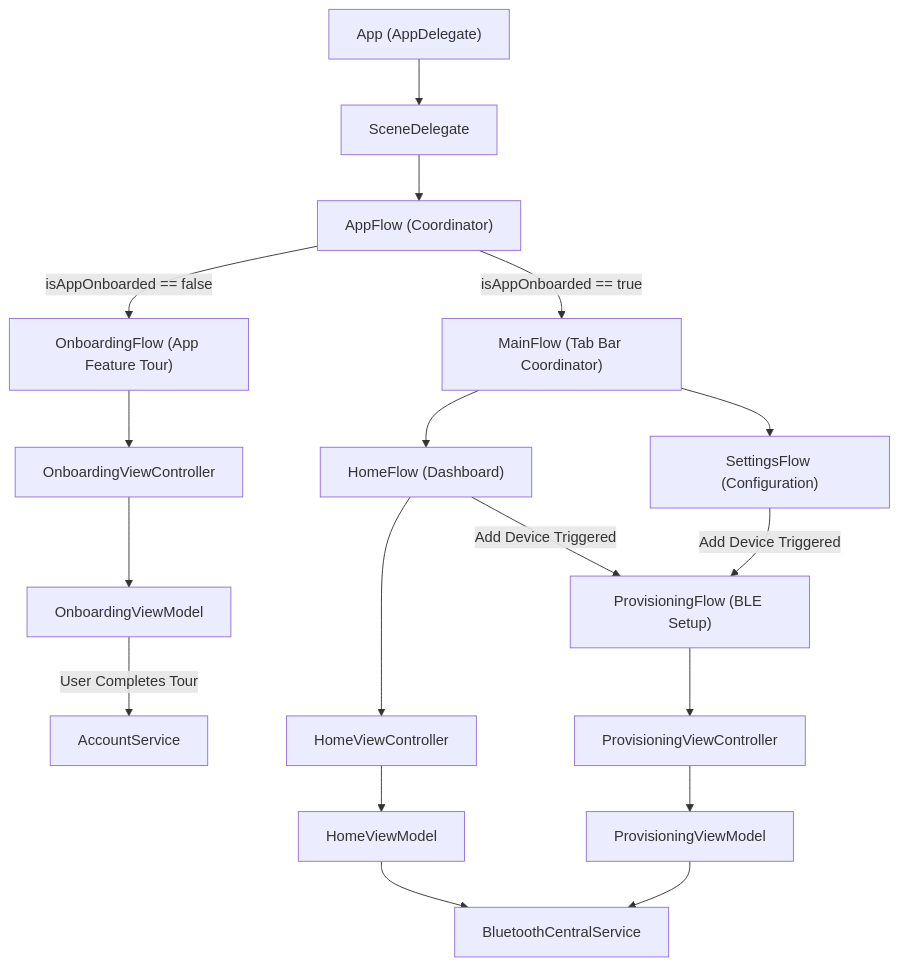
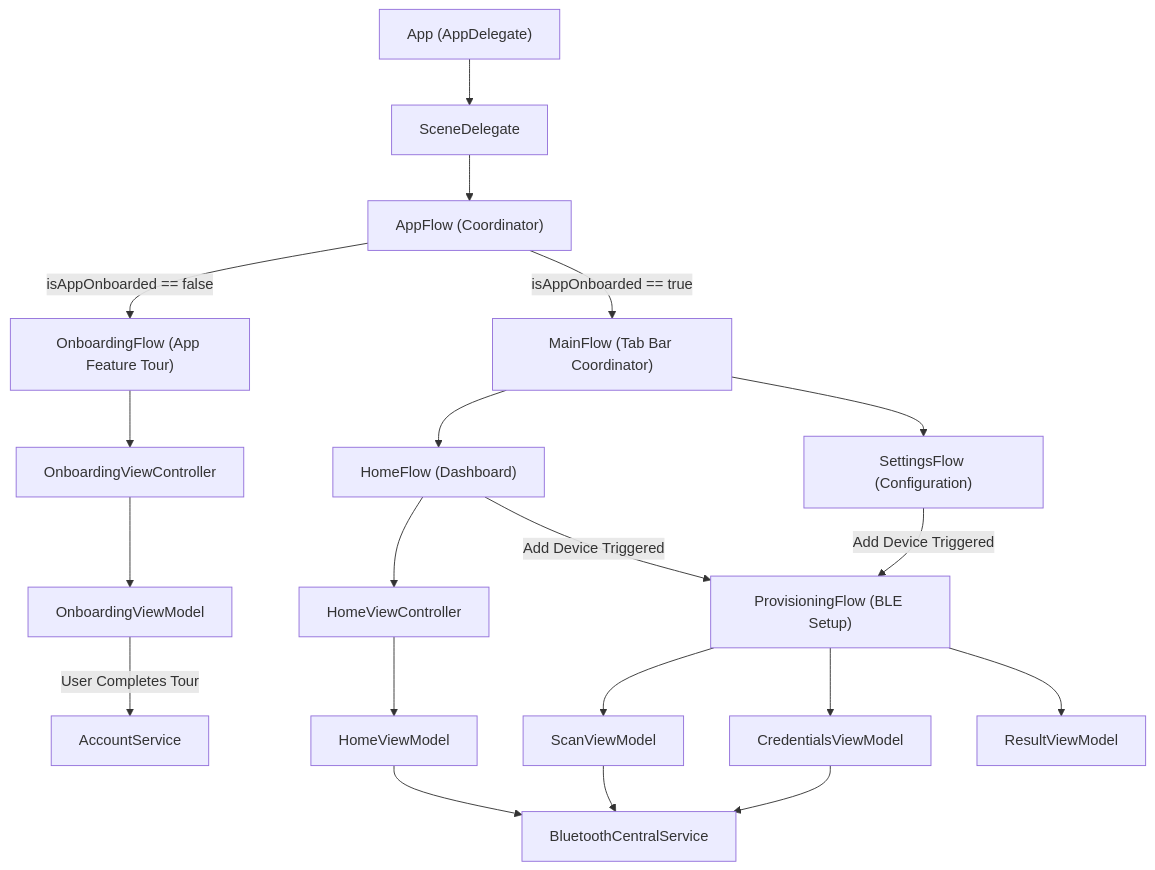
One commit to dumitru-paraschiv/iot-link changed the first of 2 diagrams in docs/ARCHITECTURE.md. Above: the diagram before and after it, drawn with Mermaid. The commit also changed other lines of this file and 2 other files, not shown here.

Commit message:
docs: update architecture and plan for provisioning flow (M4)

````diff
--- a/docs/ARCHITECTURE.md
+++ b/docs/ARCHITECTURE.md
@@ -13,32 +13,34 @@
 ```mermaid
 graph TD
     App["App (AppDelegate)"] --> SceneDelegate
     SceneDelegate --> AppFlow["AppFlow (Coordinator)"]
     
     %% AppFlow Routing Logic
     AppFlow -->|isAppOnboarded == false| OnboardingFlow["OnboardingFlow (App Feature Tour)"]
     AppFlow -->|isAppOnboarded == true| MainFlow["MainFlow (Tab Bar Coordinator)"]
     
     %% App Walkthrough
     OnboardingFlow --> OnboardingVC["OnboardingViewController"]
     OnboardingVC --> OnboardingVM["OnboardingViewModel"]
     OnboardingVM -->|User Completes Tour| AccountService["AccountService"]
     
     %% Main Core App Flow
     MainFlow --> HomeFlow["HomeFlow (Dashboard)"]
     MainFlow --> SettingsFlow["SettingsFlow (Configuration)"]
     
     %% Dashboard telemetry & control
     HomeFlow --> HomeVC["HomeViewController"]
     HomeVC --> HomeVM["HomeViewModel"]
     HomeVM --> BluetoothService["BluetoothCentralService"]
     
     %% Provisioning subflow triggers
     HomeFlow -->|Add Device Triggered| ProvisioningFlow["ProvisioningFlow (BLE Setup)"]
     SettingsFlow -->|Add Device Triggered| ProvisioningFlow
     
-    %% Provisioning flow
-    ProvisioningFlow --> ProvisioningVC["ProvisioningViewController"]
-    ProvisioningVC --> ProvisioningVM["ProvisioningViewModel"]
-    ProvisioningVM --> BluetoothService
+    %% Provisioning flow (scan → credentials → result)
+    ProvisioningFlow --> ScanVM["ScanViewModel"]
+    ProvisioningFlow --> CredentialsVM["CredentialsViewModel"]
+    ProvisioningFlow --> ResultVM["ResultViewModel"]
+    ScanVM --> BluetoothService
+    CredentialsVM --> BluetoothService
 ```
````
